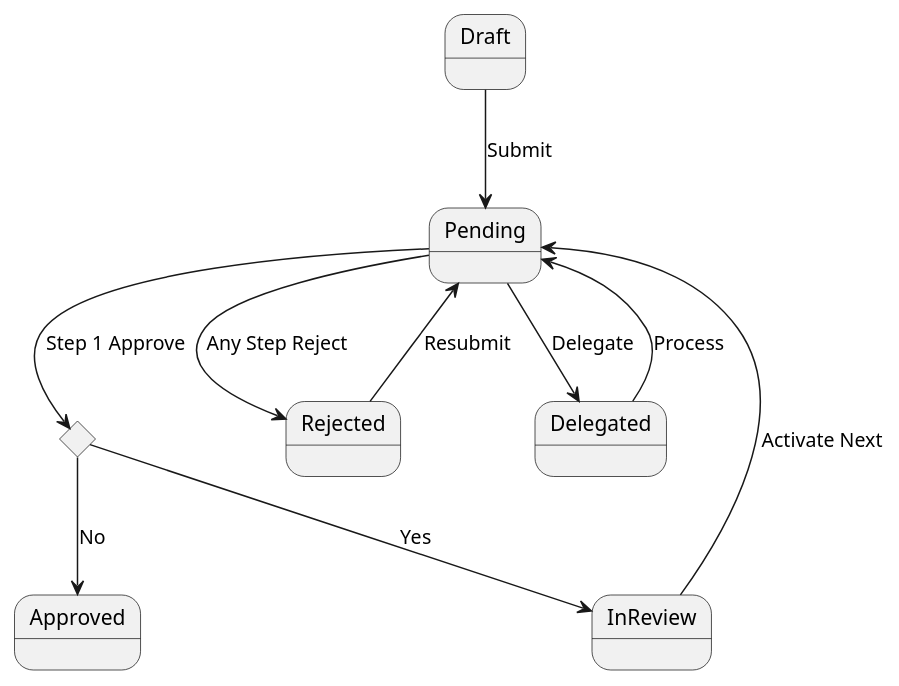
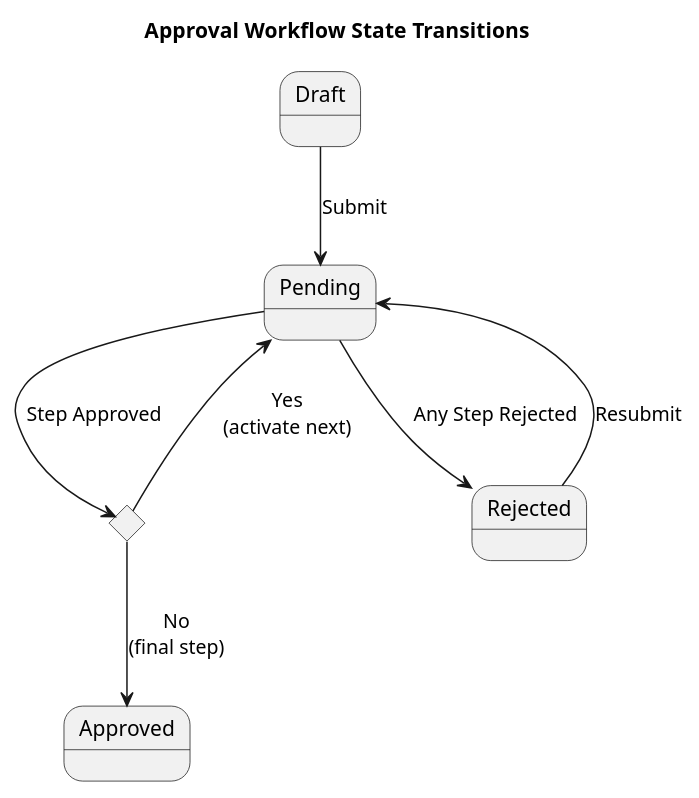
Before and after one commit to Salem-Sayarh/Approval_Extension: the diagram in Documentation/UML/State.wsd, drawn with PlantUML. The commit also changed 8 other files, not shown here.

```diff
--- a/Documentation/UML/State.wsd
+++ b/Documentation/UML/State.wsd
@@ -1,20 +1,19 @@
-@startuml State
+@startuml StateMachine
+
+title Approval Workflow State Transitions
+
 state Draft
 state Pending
-state "More Steps?" as C <<choice>>
-state InReview
+state "More Steps?" as decision <<choice>>
 state Approved
 state Rejected
-state Delegated
 
-' Transitions with labels
-Draft     --> Pending     : Submit
-Pending   --> C           : Step 1 Approve
-C         --> InReview    : Yes
-InReview  --> Pending     : Activate Next
-C         --> Approved    : No
-Pending   --> Rejected    : Any Step Reject
-Pending   --> Delegated   : Delegate
-Delegated --> Pending     : Process
-Rejected  --> Pending     : Resubmit
+' Transitions
+Draft --> Pending : Submit
+Pending --> decision : Step Approved
+decision --> Pending : Yes\n(activate next)
+decision --> Approved : No\n(final step)
+Pending --> Rejected : Any Step Rejected
+Rejected --> Pending : Resubmit
+
 @enduml
```
